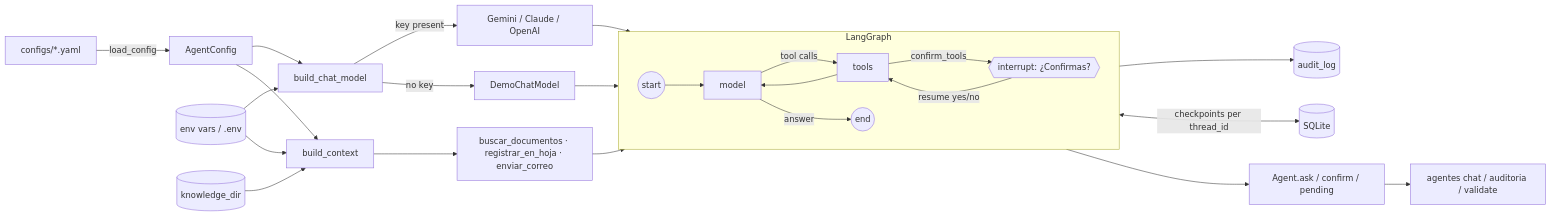
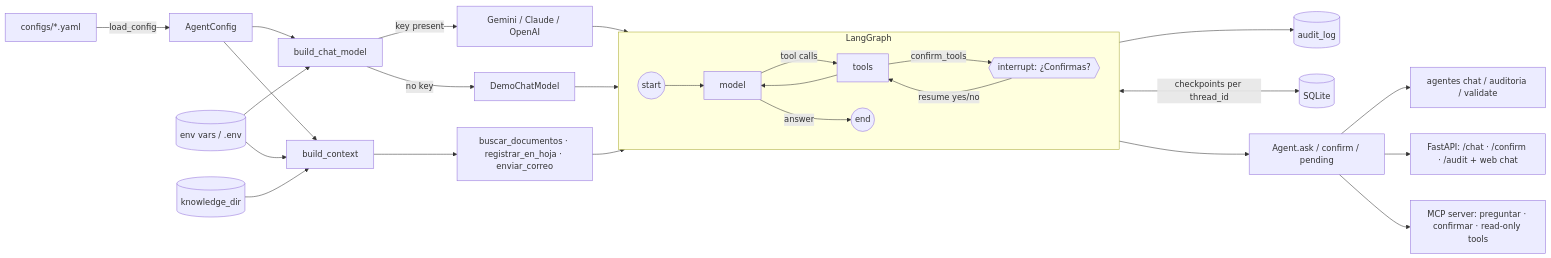
Before and after one commit to ricardoprs76-max/despacho-juridico: the diagram in docs/architecture.md, drawn with Mermaid. The commit also changed other lines of this file and 4 other files, not shown here.

Commit message:
docs: document HTTP API, web demo and MCP server

````diff
--- a/docs/architecture.md
+++ b/docs/architecture.md
@@ -3,30 +3,32 @@
 ```mermaid
 flowchart LR
     YAML[configs/*.yaml] -->|load_config| CFG[AgentConfig]
     CFG --> FAC[build_chat_model]
     ENV[(env vars / .env)] --> FAC
     FAC -->|key present| REAL[Gemini / Claude / OpenAI]
     FAC -->|no key| DEMO[DemoChatModel]
     CFG --> CTX[build_context]
     DOCS[(knowledge_dir)] --> CTX
     ENV --> CTX
     CTX --> TOOLS[buscar_documentos · registrar_en_hoja · enviar_correo]
 
     subgraph Graph[LangGraph]
         direction LR
         START((start)) --> M[model]
         M -->|tool calls| T[tools]
         T -->|confirm_tools| I{{interrupt: ¿Confirmas?}}
         I -->|resume yes/no| T
         T --> M
         M -->|answer| END((end))
     end
 
     REAL --> M
     DEMO --> M
     TOOLS --> T
     T --> AUD[(audit_log)]
     Graph <-->|checkpoints per thread_id| DB[(SQLite)]
     Graph --> AGENT[Agent.ask / confirm / pending]
     AGENT --> CLI[agentes chat / auditoria / validate]
+    AGENT --> API[FastAPI: /chat · /confirm · /audit + web chat]
+    AGENT --> MCP[MCP server: preguntar · confirmar · read-only tools]
 ```
````
